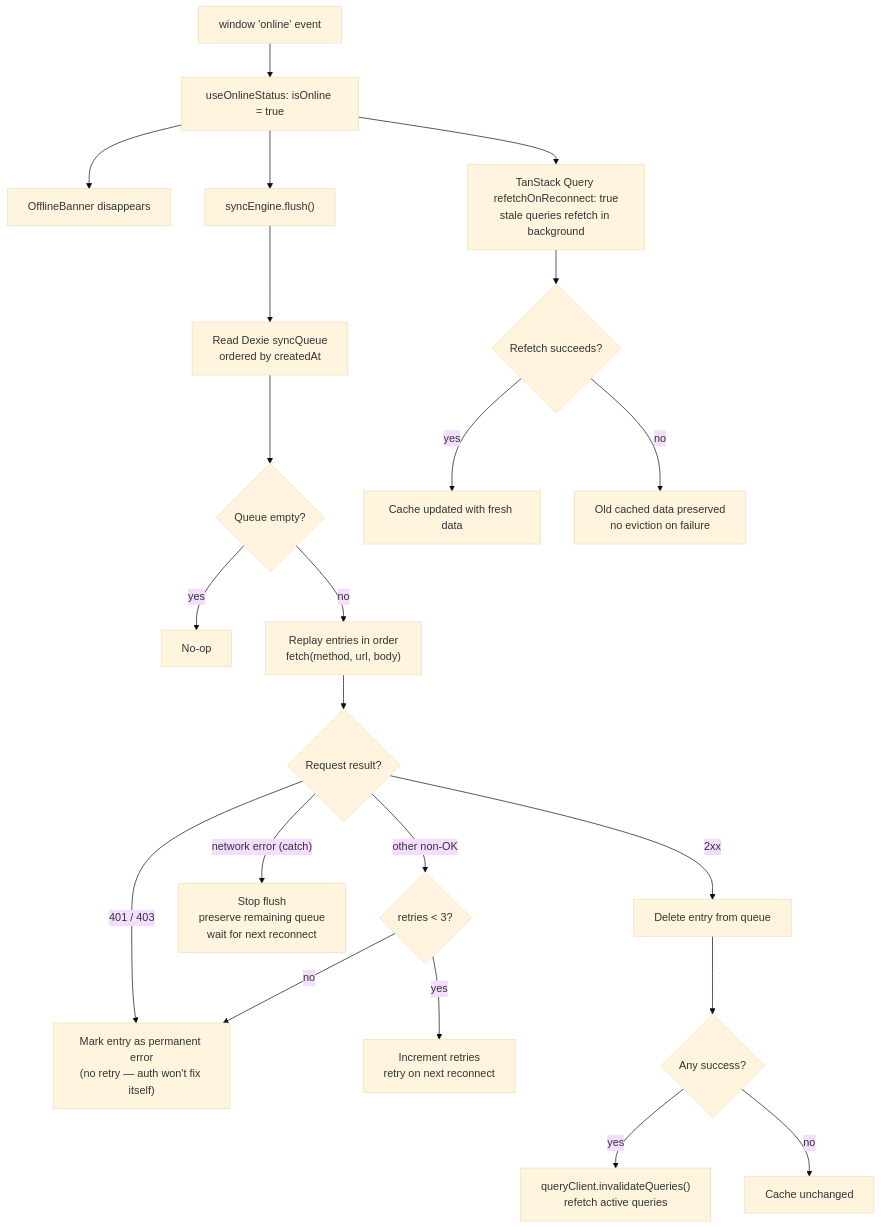
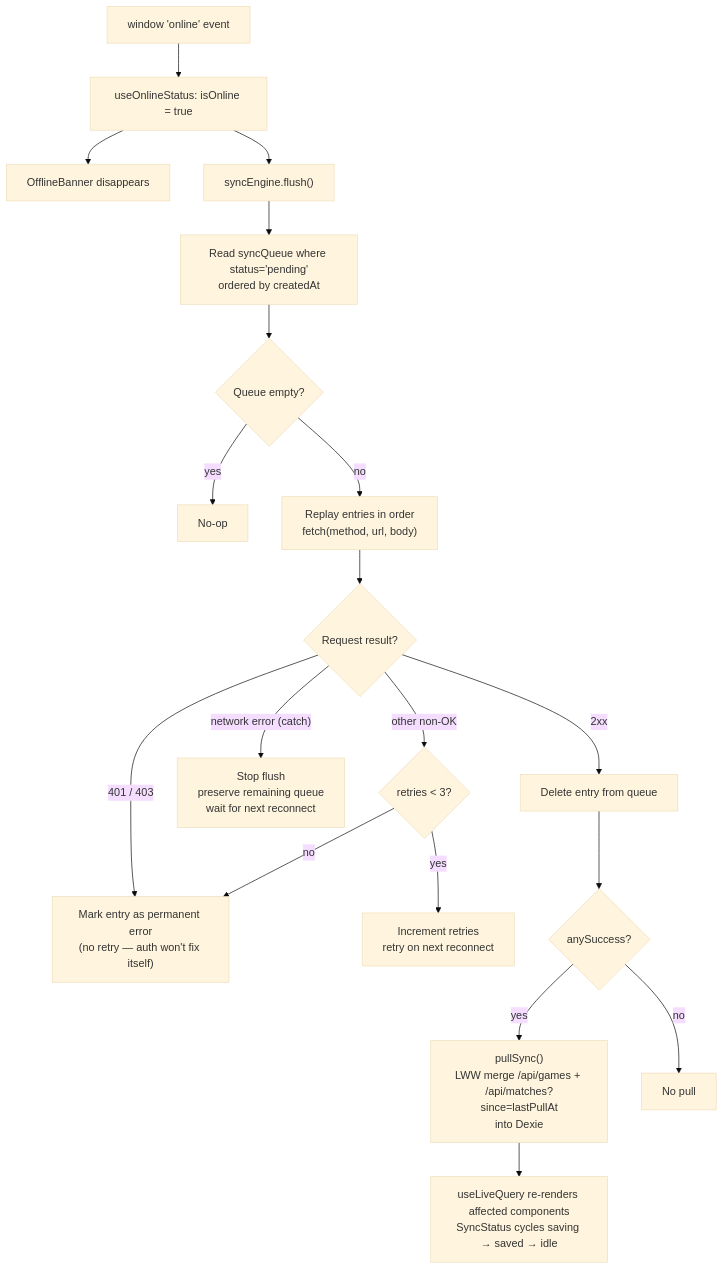
The second of 2 diagrams in docs/offline-architecture.md (jolelievre/on-board), drawn with Mermaid (base theme) before and after one commit. The commit also changed other lines of this file, not shown here.

````diff
--- a/docs/offline-architecture.md
+++ b/docs/offline-architecture.md
@@ -183,28 +295,25 @@
 ```mermaid
 flowchart TD
     A["window 'online' event"] --> B["useOnlineStatus: isOnline = true"]
     B --> C["OfflineBanner disappears"]
     B --> D["syncEngine.flush()"]
 
-    D --> E["Read Dexie syncQueue\nordered by createdAt"]
+    D --> E["Read syncQueue where status='pending'\nordered by createdAt"]
     E --> F{"Queue empty?"}
     F -- yes --> G["No-op"]
     F -- no --> H["Replay entries in order\nfetch(method, url, body)"]
 
     H --> I{"Request result?"}
     I -- "2xx" --> J["Delete entry from queue"]
     I -- "network error (catch)" --> K["Stop flush\npreserve remaining queue\nwait for next reconnect"]
     I -- "401 / 403" --> N["Mark entry as permanent error\n(no retry — auth won't fix itself)"]
     I -- "other non-OK" --> L{"retries < 3?"}
     L -- yes --> M["Increment retries\nretry on next reconnect"]
     L -- no --> N
 
-    J --> O{"Any success?"}
-    O -- yes --> P["queryClient.invalidateQueries()\nrefetch active queries"]
-    O -- no --> Q["Cache unchanged"]
+    J --> O{"anySuccess?"}
+    O -- yes --> P["pullSync()\nLWW merge /api/games + /api/matches?since=lastPullAt\ninto Dexie"]
+    O -- no --> Q["No pull"]
 
-    B --> R["TanStack Query refetchOnReconnect: true\nstale queries refetch in background"]
-    R --> S{"Refetch succeeds?"}
-    S -- yes --> T["Cache updated with fresh data"]
-    S -- no --> U["Old cached data preserved\nno eviction on failure"]
+    P --> R["useLiveQuery re-renders affected components\nSyncStatus cycles saving → saved → idle"]
 ```
````
